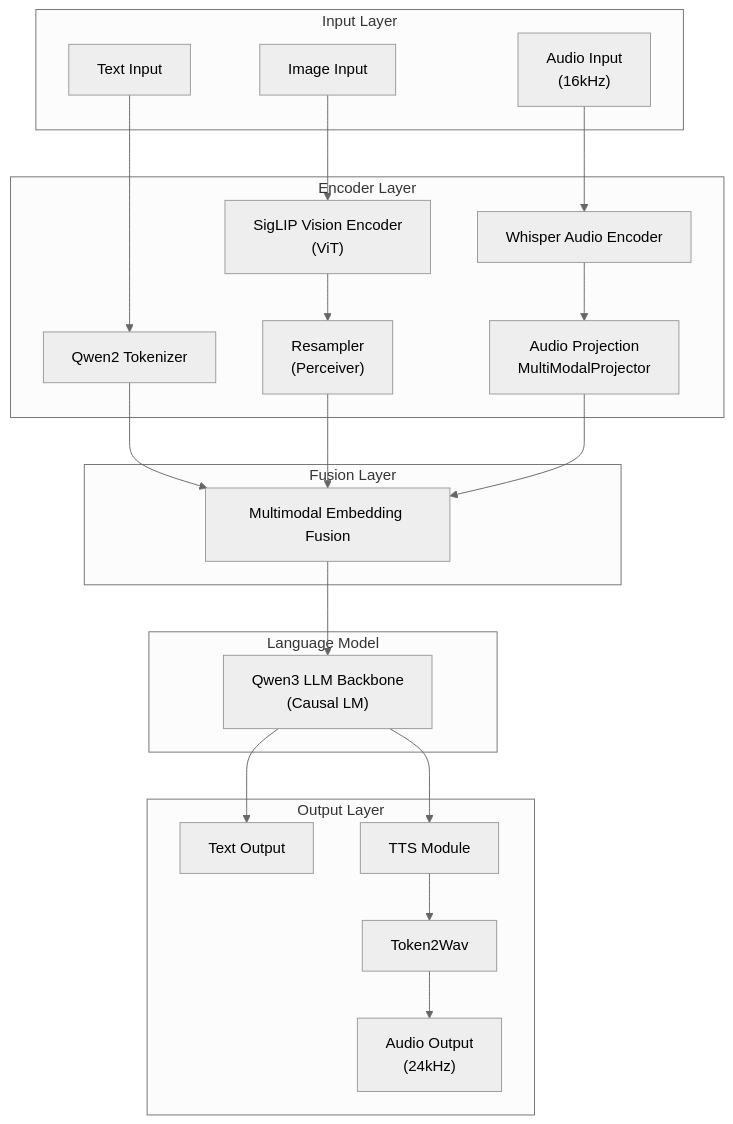
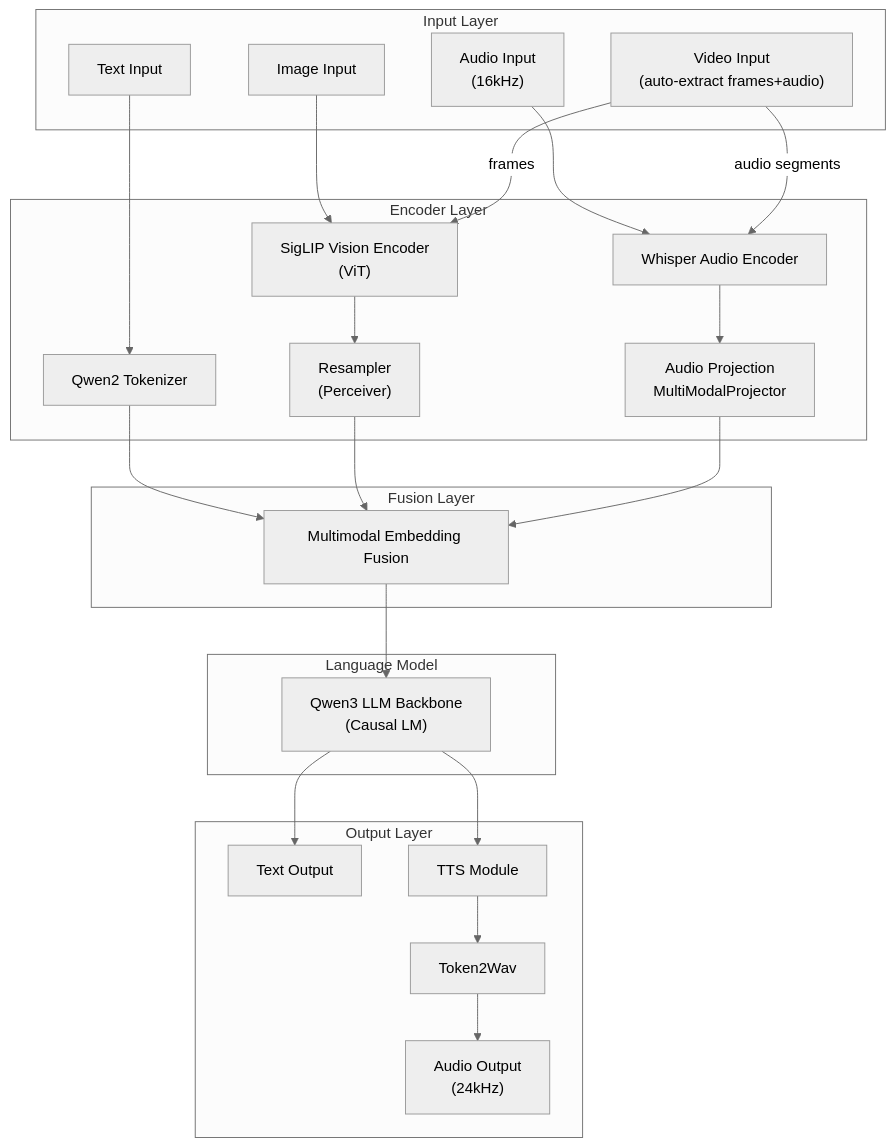
The first of 2 diagrams in docs/en/model.md (OpenBMB/minicpm-o-4_5-pytorch-simple-demo), drawn with Mermaid (neutral theme) before and after one commit. The commit also changed other lines of this file and 24 other files, not shown here.

````diff
--- a/docs/en/model.md
+++ b/docs/en/model.md
@@ -25,39 +25,42 @@
 ```mermaid
 graph TB
     subgraph inputLayer [Input Layer]
         TextIn["Text Input"]
         ImageIn["Image Input"]
         AudioIn["Audio Input\n(16kHz)"]
+        VideoIn["Video Input\n(auto-extract frames+audio)"]
     end
 
     subgraph encoderLayer [Encoder Layer]
         Tokenizer["Qwen2 Tokenizer"]
         VPM["SigLIP Vision Encoder\n(ViT)"]
         Resampler["Resampler\n(Perceiver)"]
         APM["Whisper Audio Encoder"]
         AudioProj["Audio Projection\nMultiModalProjector"]
     end
 
     subgraph fusionLayer [Fusion Layer]
         Embedding["Multimodal Embedding Fusion"]
     end
 
     subgraph llmLayer [Language Model]
         LLM["Qwen3 LLM Backbone\n(Causal LM)"]
     end
 
     subgraph outputLayer [Output Layer]
         TextOut["Text Output"]
         TTSBlock["TTS Module"]
         T2W["Token2Wav"]
         AudioOut["Audio Output\n(24kHz)"]
     end
 
     TextIn --> Tokenizer --> Embedding
     ImageIn --> VPM --> Resampler --> Embedding
     AudioIn --> APM --> AudioProj --> Embedding
+    VideoIn -->|"frames"| VPM
+    VideoIn -->|"audio segments"| APM
     Embedding --> LLM
     LLM --> TextOut
     LLM --> TTSBlock
     TTSBlock --> T2W --> AudioOut
 ```
````
